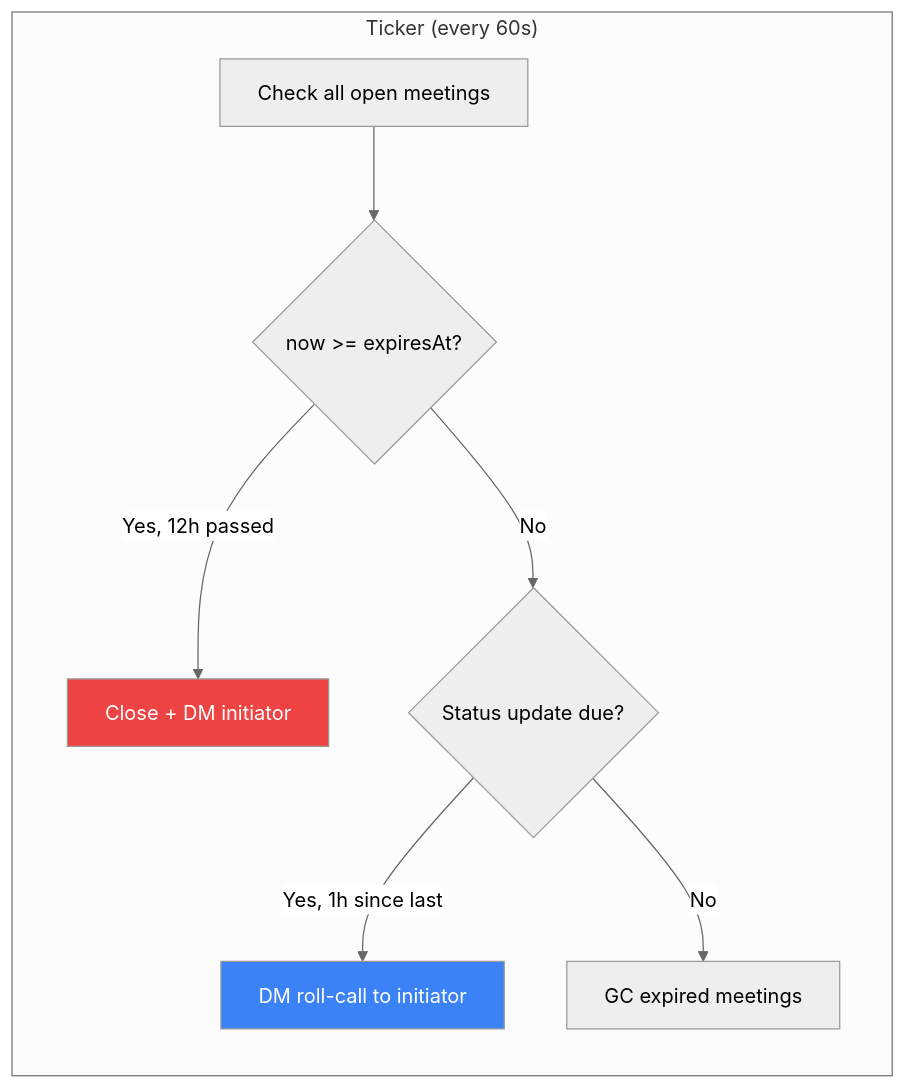
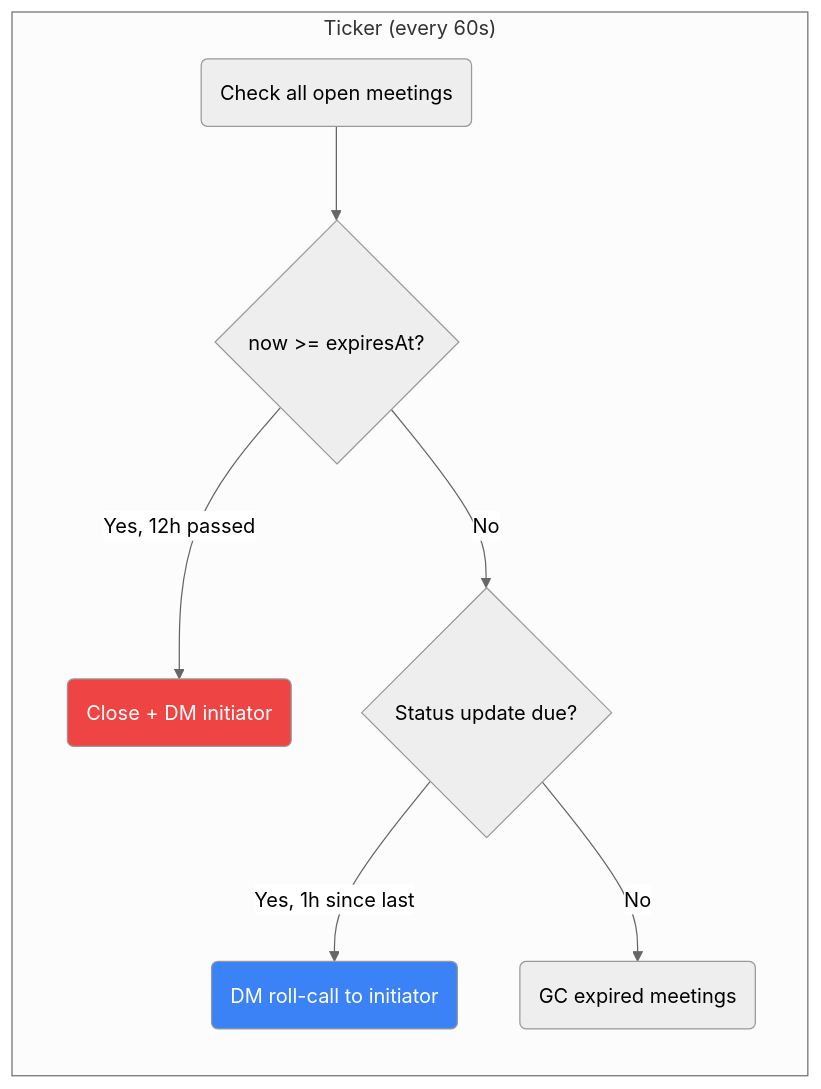
One commit to javana3/claw_meeting_all changed the fifth of 6 diagrams in README.md. Above: the diagram before and after it, drawn with Mermaid (neutral theme). The commit also changed other lines of this file and 1 other file, not shown here.

First line of the commit message:
docs: split README into EN/CN with rounded Mermaid diagrams

````diff
--- a/README.md
+++ b/README.md
@@ -210,20 +208,20 @@
 ```mermaid
 flowchart LR
     subgraph "Ticker (every 60s)"
-        T1[Check all open meetings]
+        T1(Check all open meetings)
         T2{now >= expiresAt?}
-        T3[Close + DM initiator]
+        T3(Close + DM initiator)
         T4{Status update due?}
-        T5[DM roll-call to initiator]
-        T6[GC expired meetings]
+        T5(DM roll-call to initiator)
+        T6(GC expired meetings)
     end
 
     T1 --> T2
     T2 -->|Yes, 12h passed| T3
     T2 -->|No| T4
     T4 -->|Yes, 1h since last| T5
     T4 -->|No| T6
 
     style T3 fill:#ef4444,color:#fff
     style T5 fill:#3b82f6,color:#fff
 ```
````
